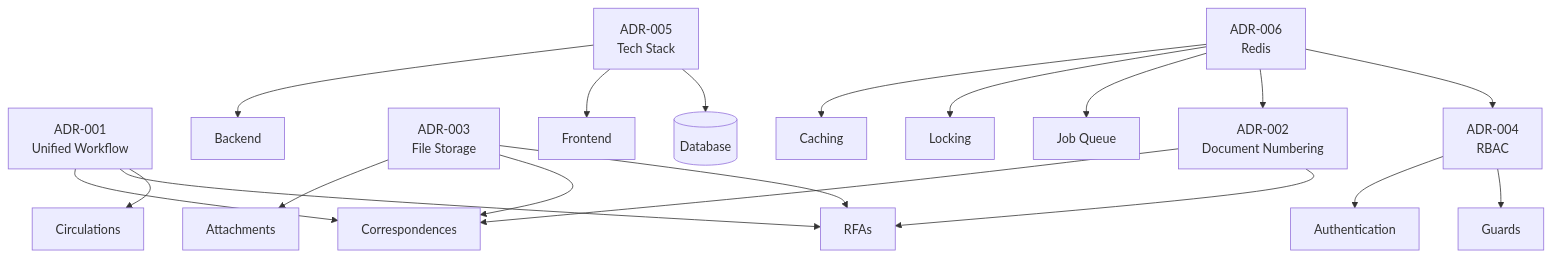
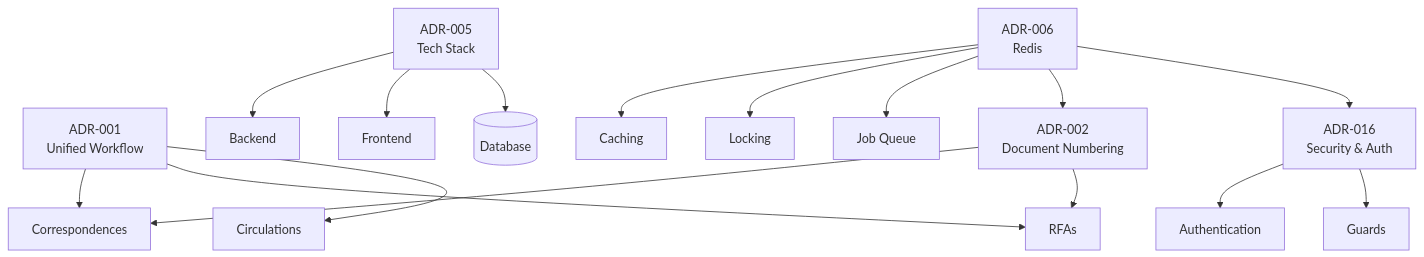
One commit to peancharoen/lcbp3 changed the second of 2 diagrams in specs/06-Decision-Records/README.md. Above: the diagram before and after it, drawn with Mermaid. The commit also changed other lines of this file and 265 other files, not shown here.

````diff
--- a/specs/06-Decision-Records/README.md
+++ b/specs/06-Decision-Records/README.md
@@ -257,26 +251,22 @@
 ```mermaid
 graph TB
     ADR001[ADR-001<br/>Unified Workflow] --> Corr[Correspondences]
     ADR001 --> RFA[RFAs]
     ADR001 --> Circ[Circulations]
 
     ADR002[ADR-002<br/>Document Numbering] --> Corr
     ADR002 --> RFA
 
-    ADR003[ADR-003<br/>File Storage] --> Attach[Attachments]
-    ADR003 --> Corr
-    ADR003 --> RFA
-
-    ADR004[ADR-004<br/>RBAC] --> Auth[Authentication]
-    ADR004 --> Guards[Guards]
+    ADR016[ADR-016<br/>Security & Auth] --> Auth[Authentication]
+    ADR016 --> Guards[Guards]
 
     ADR005[ADR-005<br/>Tech Stack] --> Backend[Backend]
     ADR005 --> Frontend[Frontend]
     ADR005 --> DB[(Database)]
 
     ADR006[ADR-006<br/>Redis] --> Cache[Caching]
     ADR006 --> Lock[Locking]
     ADR006 --> Queue[Job Queue]
     ADR006 --> ADR002
-    ADR006 --> ADR004
+    ADR006 --> ADR016
 ```
````
